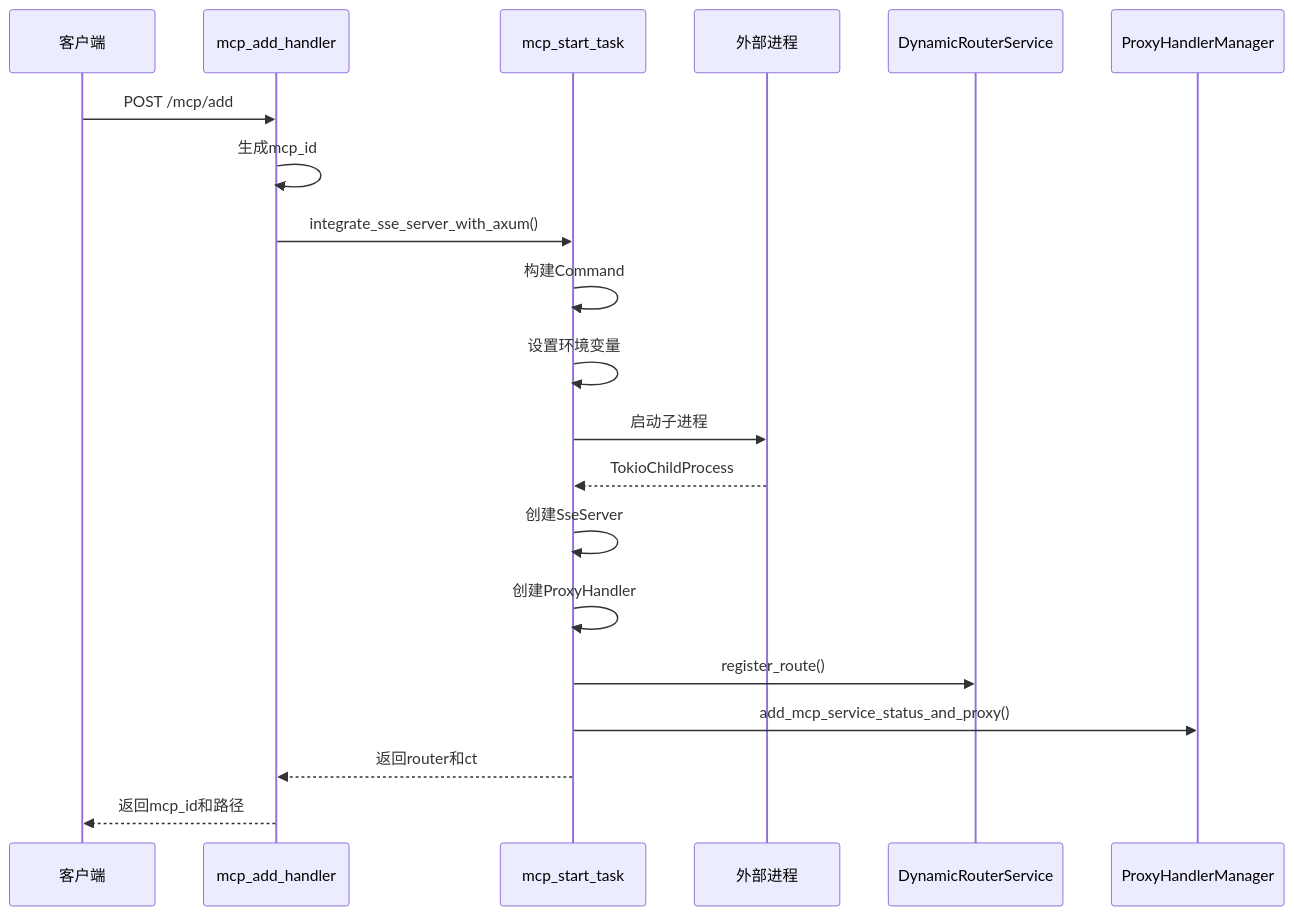
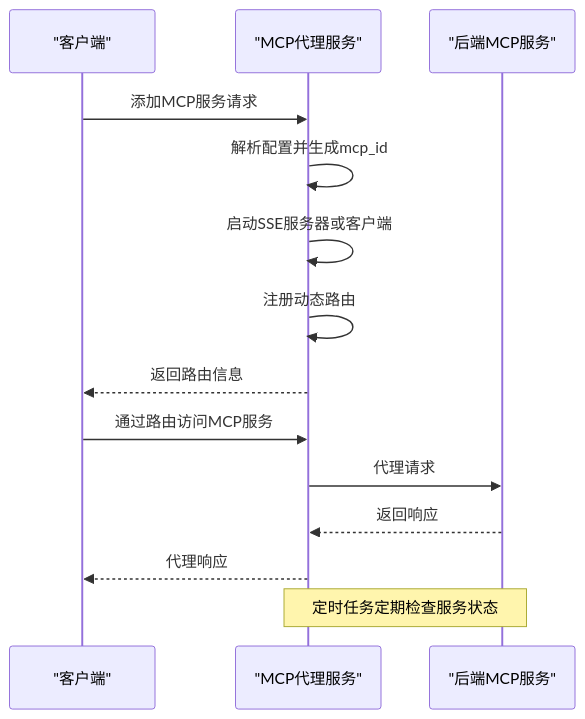
Before and after one commit to nuwax-ai/mcp-proxy: the second of 8 diagrams in .qoder/repowiki/zh/content/MCP代理服务/MCP代理服务.md, drawn with Mermaid. The commit also changed other lines of this file and 147 other files, not shown here.

````diff
--- a/.qoder/repowiki/zh/content/MCP代理服务/MCP代理服务.md
+++ b/.qoder/repowiki/zh/content/MCP代理服务/MCP代理服务.md
@@ -118,22 +83,16 @@
 ```mermaid
 sequenceDiagram
-participant Client as 客户端
-participant Handler as mcp_add_handler
-participant Task as mcp_start_task
-participant Process as 外部进程
-participant Router as DynamicRouterService
-participant Manager as ProxyHandlerManager
-Client->>Handler : POST /mcp/add
-Handler->>Handler : 生成mcp_id
-Handler->>Task : integrate_sse_server_with_axum()
-Task->>Task : 构建Command
-Task->>Task : 设置环境变量
-Task->>Process : 启动子进程
-Process-->>Task : TokioChildProcess
-Task->>Task : 创建SseServer
-Task->>Task : 创建ProxyHandler
-Task->>Router : register_route()
-Task->>Manager : add_mcp_service_status_and_proxy()
-Task-->>Handler : 返回router和ct
-Handler-->>Client : 返回mcp_id和路径
+participant Client as "客户端"
+participant Proxy as "MCP代理服务"
+participant Backend as "后端MCP服务"
+Client->>Proxy : 添加MCP服务请求
+Proxy->>Proxy : 解析配置并生成mcp_id
+Proxy->>Proxy : 启动SSE服务器或客户端
+Proxy->>Proxy : 注册动态路由
+Proxy-->>Client : 返回路由信息
+Client->>Proxy : 通过路由访问MCP服务
+Proxy->>Backend : 代理请求
+Backend-->>Proxy : 返回响应
+Proxy-->>Client : 代理响应
+Note over Proxy,Backend : 定时任务定期检查服务状态
 ```
````
